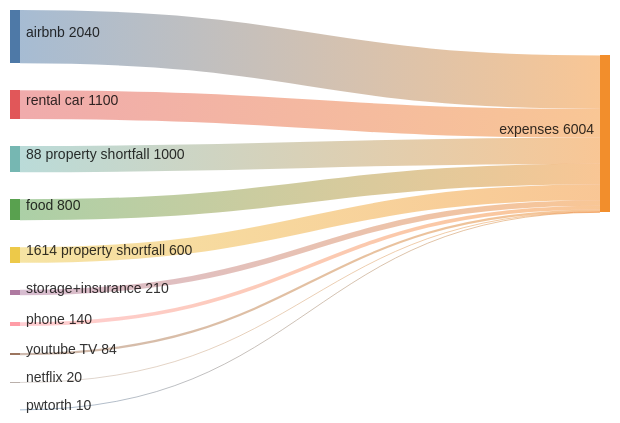
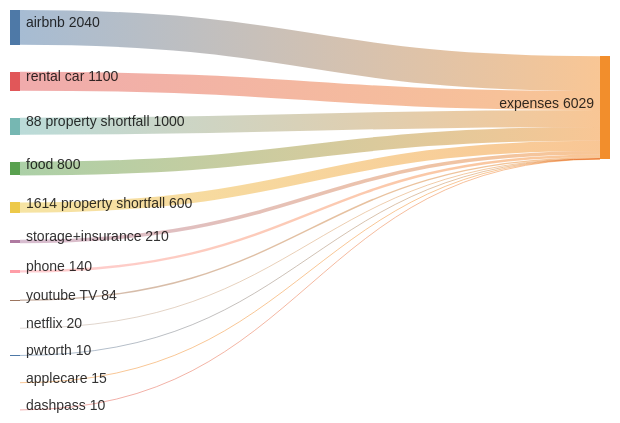
Before and after one commit to sarnobat/mermaid: the first of 6 diagrams in README.md, drawn with Mermaid.

````diff
--- a/README.md
+++ b/README.md
@@ -5,18 +5,20 @@
 ```mermaid
 ---
 config:
   sankey:
     showValues: true
 ---
 sankey-beta
 airbnb,expenses,2040
 rental car,expenses,1100
 88 property shortfall,expenses,1000
 food,expenses,800
 1614 property shortfall,expenses,600
 storage+insurance,expenses,210
 phone,expenses,140
 youtube TV,expenses,84
 netflix,expenses,20
 pwtorth,expenses,10
+applecare,expenses,15
+dashpass,expenses,10
 ```
````
